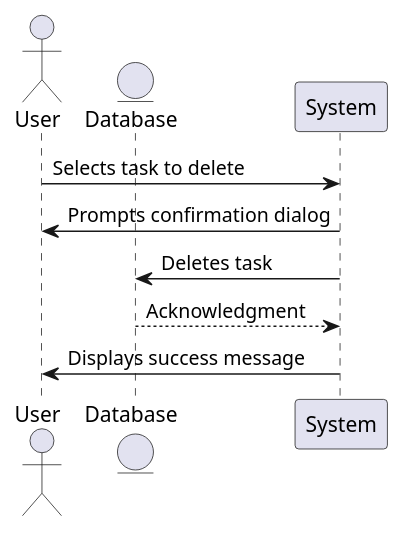
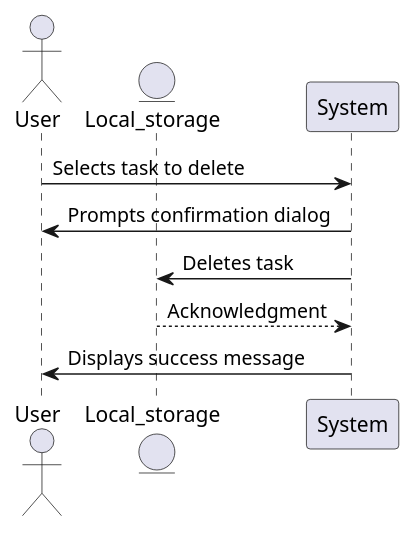
Before and after one commit to Karim-Ashraf1/Task-Management-System: the diagram in Task Management System/design/sequence_diagrams/SD2.puml, drawn with PlantUML. The commit also changed 3 other files, not shown here.

```diff
--- a/Task Management System/design/sequence_diagrams/SD2.puml
+++ b/Task Management System/design/sequence_diagrams/SD2.puml
@@ -1,12 +1,12 @@
 @startuml
 actor User
-entity Database
+entity Local_storage
 
 User -> System: Selects task to delete
 System -> User: Prompts confirmation dialog
-System -> Database: Deletes task
-Database --> System: Acknowledgment
+System -> Local_storage: Deletes task
+Local_storage --> System: Acknowledgment
 System -> User: Displays success message
 
 
 @enduml
```
